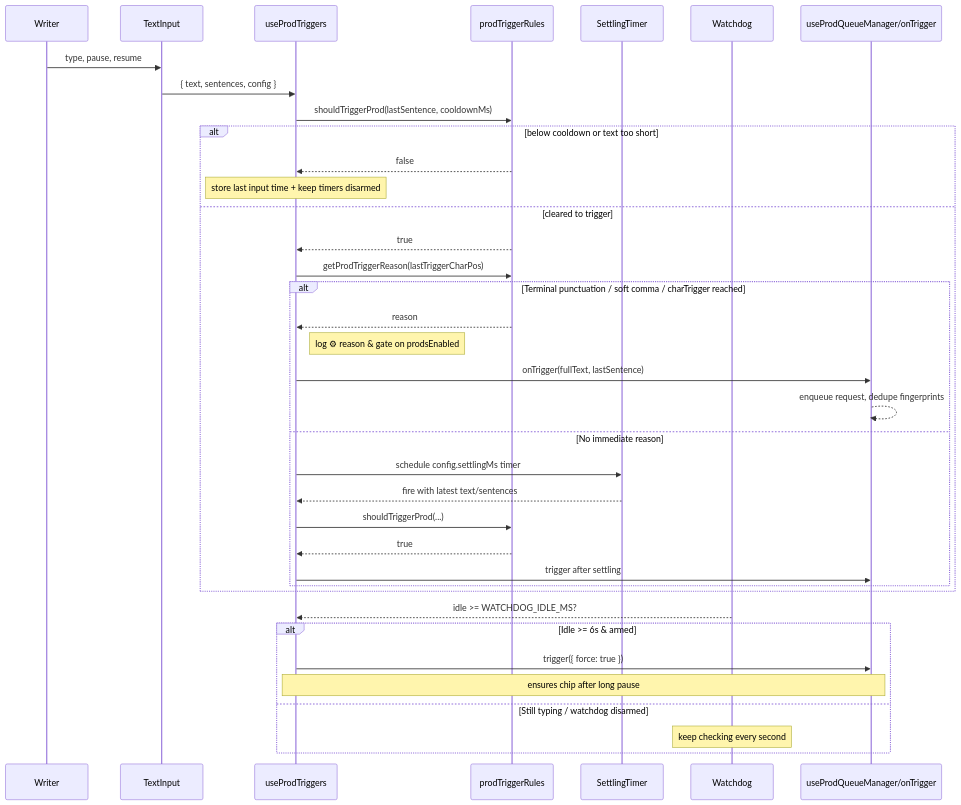
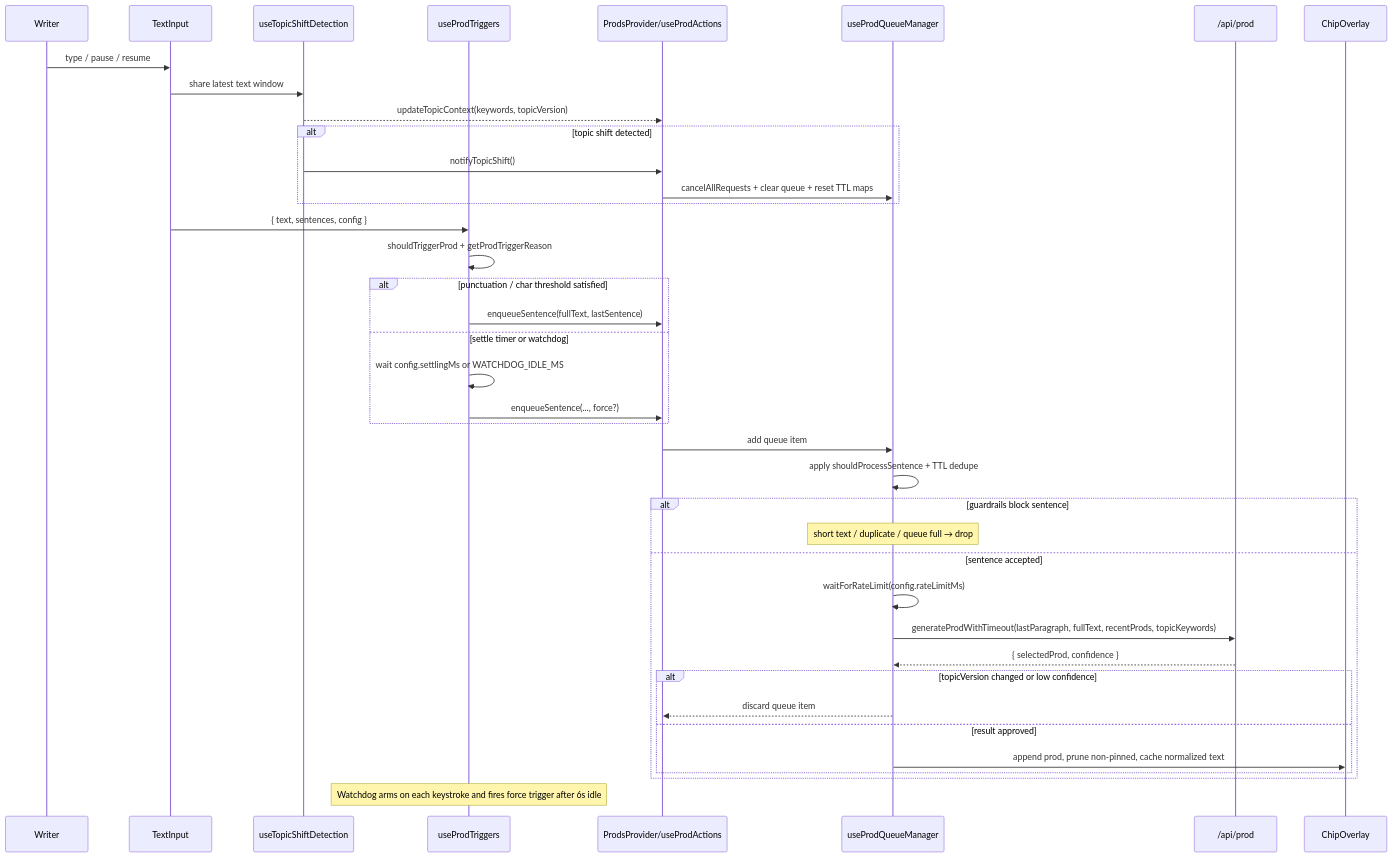
One commit to andreicstoica/refract changed the diagram in docs/diagrams/prod-triggers.mmd. Above: the diagram before and after it, drawn with Mermaid. The commit also changed 19 other files, not shown here.

```diff
--- a/docs/diagrams/prod-triggers.mmd
+++ b/docs/diagrams/prod-triggers.mmd
@@ -1,39 +1,40 @@
 sequenceDiagram
   participant Writer
   participant TextInput
-  participant ProdTriggers as useProdTriggers
-  participant Rules as prodTriggerRules
-  participant Settling as SettlingTimer
-  participant Watchdog
-  participant Queue as useProdQueueManager/onTrigger
+  participant Topic as useTopicShiftDetection
+  participant Triggers as useProdTriggers
+  participant Actions as ProdsProvider/useProdActions
+  participant Guards as useProdQueueManager
+  participant API as /api/prod
+  participant Chips as ChipOverlay
 
-  Writer->>TextInput: type, pause, resume
-  TextInput->>ProdTriggers: { text, sentences, config }
-  ProdTriggers->>Rules: shouldTriggerProd(lastSentence, cooldownMs)
-  alt below cooldown or text too short
-    Rules-->>ProdTriggers: false
-    note over ProdTriggers: store last input time + keep timers disarmed
-  else cleared to trigger
-    Rules-->>ProdTriggers: true
-    ProdTriggers->>Rules: getProdTriggerReason(lastTriggerCharPos)
-    alt Terminal punctuation / soft comma / charTrigger reached
-      Rules-->>ProdTriggers: reason
-      note right of ProdTriggers: log ⚙ reason & gate on prodsEnabled
-      ProdTriggers->>Queue: onTrigger(fullText, lastSentence)
-      Queue-->>Queue: enqueue request, dedupe fingerprints
-    else No immediate reason
-      ProdTriggers->>Settling: schedule config.settlingMs timer
-      Settling-->>ProdTriggers: fire with latest text/sentences
-      ProdTriggers->>Rules: shouldTriggerProd(...)
-      Rules-->>ProdTriggers: true
-      ProdTriggers->>Queue: trigger after settling
+  Writer->>TextInput: type / pause / resume
+  TextInput->>Topic: share latest text window
+  Topic-->>Actions: updateTopicContext(keywords, topicVersion)
+  alt topic shift detected
+    Topic->>Actions: notifyTopicShift()
+    Actions->>Guards: cancelAllRequests + clear queue + reset TTL maps
+  end
+  TextInput->>Triggers: { text, sentences, config }
+  Triggers->>Triggers: shouldTriggerProd + getProdTriggerReason
+  alt punctuation / char threshold satisfied
+    Triggers->>Actions: enqueueSentence(fullText, lastSentence)
+  else settle timer or watchdog
+    Triggers->>Triggers: wait config.settlingMs or WATCHDOG_IDLE_MS
+    Triggers->>Actions: enqueueSentence(..., force?)
+  end
+  Actions->>Guards: add queue item
+  Guards->>Guards: apply shouldProcessSentence + TTL dedupe
+  alt guardrails block sentence
+    Note over Guards: short text / duplicate / queue full → drop
+  else sentence accepted
+    Guards->>Guards: waitForRateLimit(config.rateLimitMs)
+    Guards->>API: generateProdWithTimeout(lastParagraph, fullText, recentProds, topicKeywords)
+    API-->>Guards: { selectedProd, confidence }
+    alt topicVersion changed or low confidence
+      Guards-->>Actions: discard queue item
+    else result approved
+      Guards->>Chips: append prod, prune non-pinned, cache normalized text
     end
   end
-
-  Watchdog-->>ProdTriggers: idle >= WATCHDOG_IDLE_MS?
-  alt Idle >= 6s & armed
-    ProdTriggers->>Queue: trigger({ force: true })
-    note over Queue,ProdTriggers: ensures chip after long pause
-  else Still typing / watchdog disarmed
-    note over Watchdog: keep checking every second
-  end
+  Note over Triggers: Watchdog arms on each keystroke and fires force trigger after 6s idle
```
